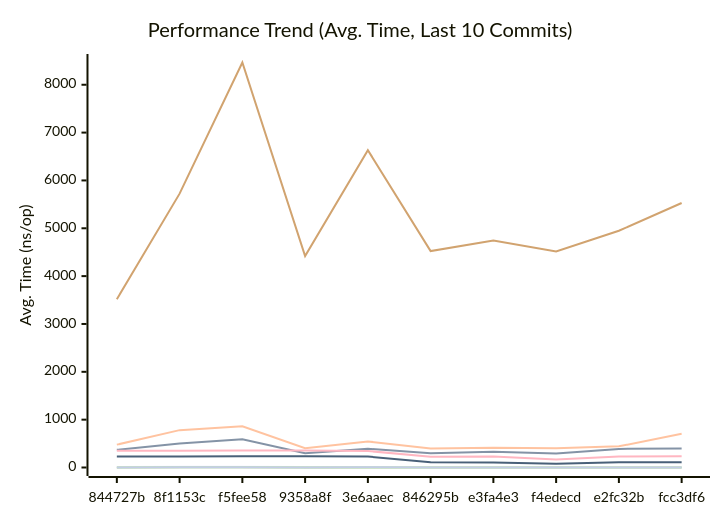
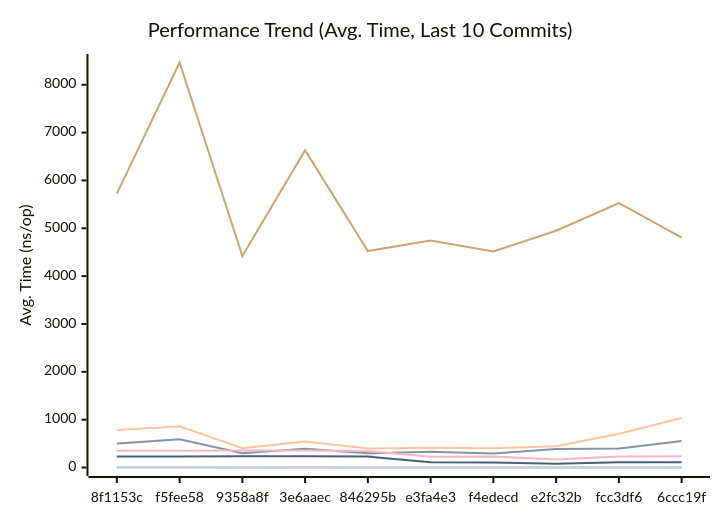
Before and after one commit to alsotoes/momo: the first of 3 diagrams in docs/PERFORMANCE.md, drawn with Mermaid. The commit also changed other lines of this file and 2 other files, not shown here.

First line of the commit message:
fix: check any node for blobs (CRUSH selects primary by ciphertext hash)

````diff
--- a/docs/PERFORMANCE.md
+++ b/docs/PERFORMANCE.md
@@ -80,16 +80,16 @@
 ```mermaid
 xychart-beta
     title "Performance Trend (Avg. Time, Last 10 Commits)"
     x-axis "Commit"
     y-axis "Avg. Time (ns/op)"
-    x-axis [844727b,8f1153c,f5fee58,9358a8f,3e6aaec,846295b,e3fa4e3,f4edecd,e2fc32b,fcc3df6]
-    line "CheckMetricsAndSwap" [10,15,14,8,11,8,8,9,13,9]
-    line "CrushOptimized" [370,501,592,298,393,297,329,295,389,396]
-    line "CrushOriginal" [478,781,860,403,545,396,415,403,442,705]
-    line "IndexDirectTracking" [0,1,1,0,0,0,0,0,0,0]
-    line "IndexSearch" [2,3,3,2,2,2,2,2,2,2]
-    line "LoadGlobalConfig" [3519,5724,8465,4420,6633,4524,4742,4516,4948,5528]
-    line "PadString" [2,3,3,2,3,2,2,2,2,2]
+    x-axis [8f1153c,f5fee58,9358a8f,3e6aaec,846295b,e3fa4e3,f4edecd,e2fc32b,fcc3df6,6ccc19f]
+    line "CheckMetricsAndSwap" [15,14,8,11,8,8,9,13,9,9]
+    line "CrushOptimized" [501,592,298,393,297,329,295,389,396,555]
+    line "CrushOriginal" [781,860,403,545,396,415,403,442,705,1033]
+    line "IndexDirectTracking" [1,1,0,0,0,0,0,0,0,0]
+    line "IndexSearch" [3,3,2,2,2,2,2,2,2,2]
+    line "LoadGlobalConfig" [5724,8465,4420,6633,4524,4742,4516,4948,5528,4804]
+    line "PadString" [3,3,2,3,2,2,2,2,2,2]
     line "ParseReplicationOrder_NoPrealloc" [350,349,357,354,345,225,229,165,232,234]
     line "ParseReplicationOrder_Prealloc" [229,231,237,234,229,108,107,80,110,109]
 ```
````
